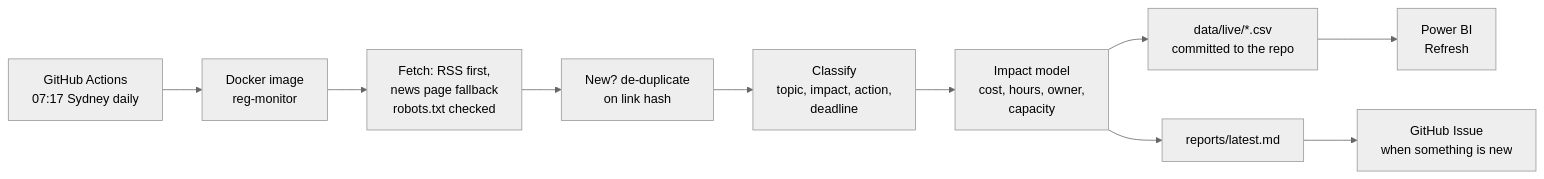
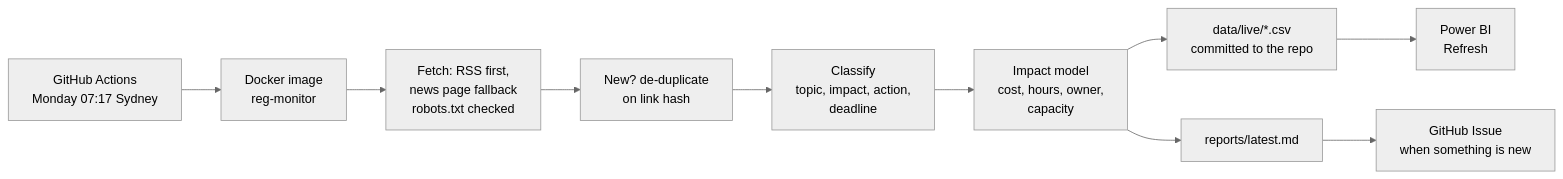
Before and after one commit to brianphu2310/Regulartory_Change_Monitor: the diagram in docs/LIVE_MONITOR.md, drawn with Mermaid (neutral theme). The commit also changed other lines of this file and 2 other files, not shown here.

Commit message:
Run weekly (Monday morning) instead of daily
Regulatory changes arrive a few times a week at most and the firm reviews
them in a weekly meeting, so a Monday digest is enough. Manual runs stay
available from the Actions tab.

Claude-Session: https://claude.ai/code/session_01SpkBeCBio8LYSNhjdfWNqa

````diff
--- a/docs/LIVE_MONITOR.md
+++ b/docs/LIVE_MONITOR.md
@@ -6,12 +6,12 @@
 ```mermaid
 flowchart LR
-    A[GitHub Actions<br/>07:17 Sydney daily] --> B[Docker image<br/>reg-monitor]
+    A[GitHub Actions<br/>Monday 07:17 Sydney] --> B[Docker image<br/>reg-monitor]
     B --> C[Fetch: RSS first,<br/>news page fallback<br/>robots.txt checked]
     C --> D[New? de-duplicate<br/>on link hash]
     D --> E[Classify<br/>topic, impact, action,<br/>deadline]
     E --> F[Impact model<br/>cost, hours, owner,<br/>capacity]
     F --> G[data/live/*.csv<br/>committed to the repo]
     F --> H[reports/latest.md]
     H --> I[GitHub Issue<br/>when something is new]
     G --> J[Power BI<br/>Refresh]
 ```
````
